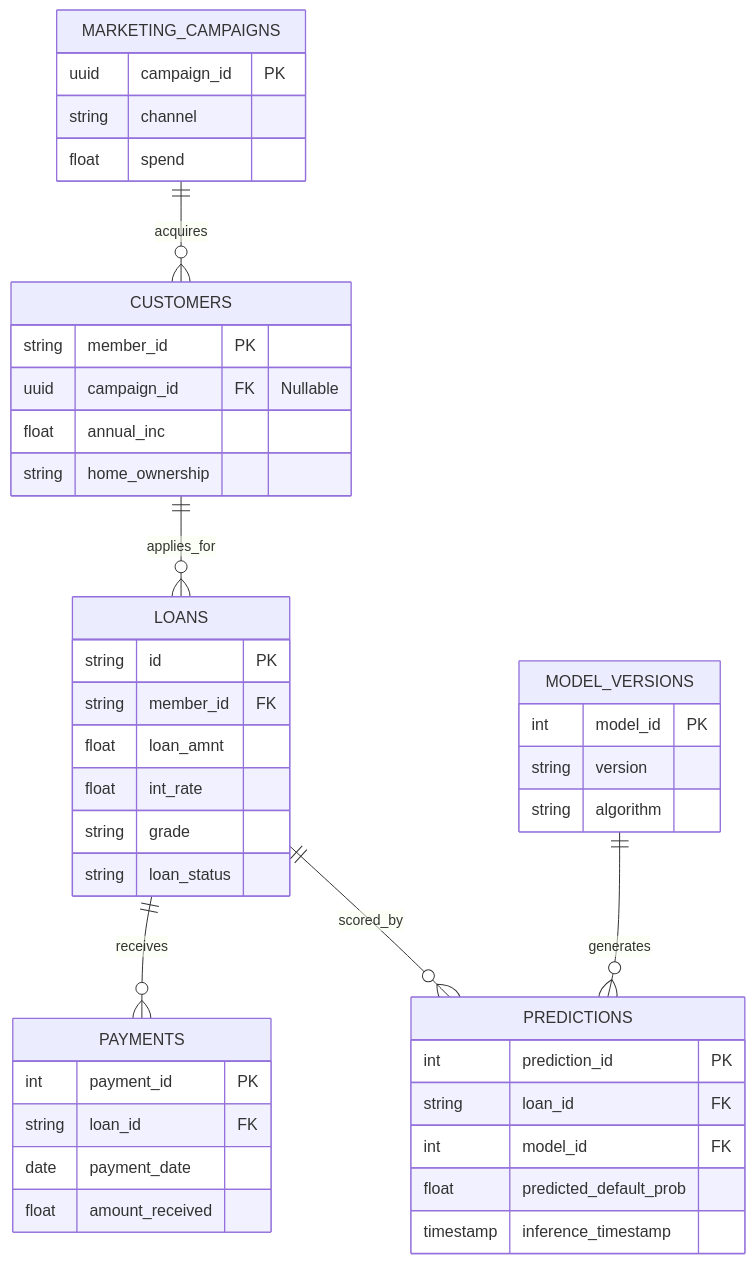
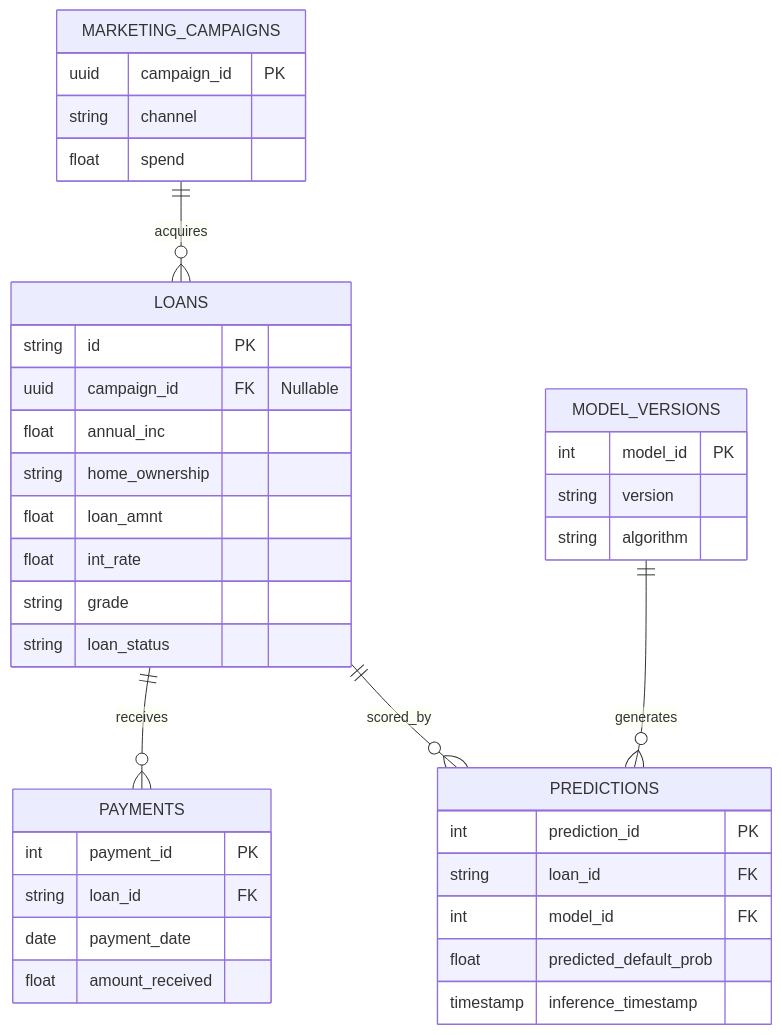
One commit to s1dddpatty/FintechProject1 changed the diagram in docs/architecture/er_diagram.md. Above: the diagram before and after it, drawn with Mermaid. The commit also changed other lines of this file and 216 other files, not shown here.

````diff
--- a/docs/architecture/er_diagram.md
+++ b/docs/architecture/er_diagram.md
@@ -7,51 +7,45 @@
 ```mermaid
 erDiagram
-    MARKETING_CAMPAIGNS ||--o{ CUSTOMERS : acquires
-    CUSTOMERS ||--o{ LOANS : applies_for
+    MARKETING_CAMPAIGNS ||--o{ LOANS : acquires
     LOANS ||--o{ PAYMENTS : receives
     LOANS ||--o{ PREDICTIONS : scored_by
     MODEL_VERSIONS ||--o{ PREDICTIONS : generates
     
     MARKETING_CAMPAIGNS {
         uuid campaign_id PK
         string channel
         float spend
     }
 
-    CUSTOMERS {
-        string member_id PK
+    LOANS {
+        string id PK
         uuid campaign_id FK "Nullable"
         float annual_inc
         string home_ownership
-    }
-
-    LOANS {
-        string id PK
-        string member_id FK
         float loan_amnt
         float int_rate
         string grade
         string loan_status
     }
 
     PAYMENTS {
         int payment_id PK
         string loan_id FK
         date payment_date
         float amount_received
     }
 
     MODEL_VERSIONS {
         int model_id PK
         string version
         string algorithm
     }
 
     PREDICTIONS {
         int prediction_id PK
         string loan_id FK
         int model_id FK
         float predicted_default_prob
         timestamp inference_timestamp
     }
 ```
````
